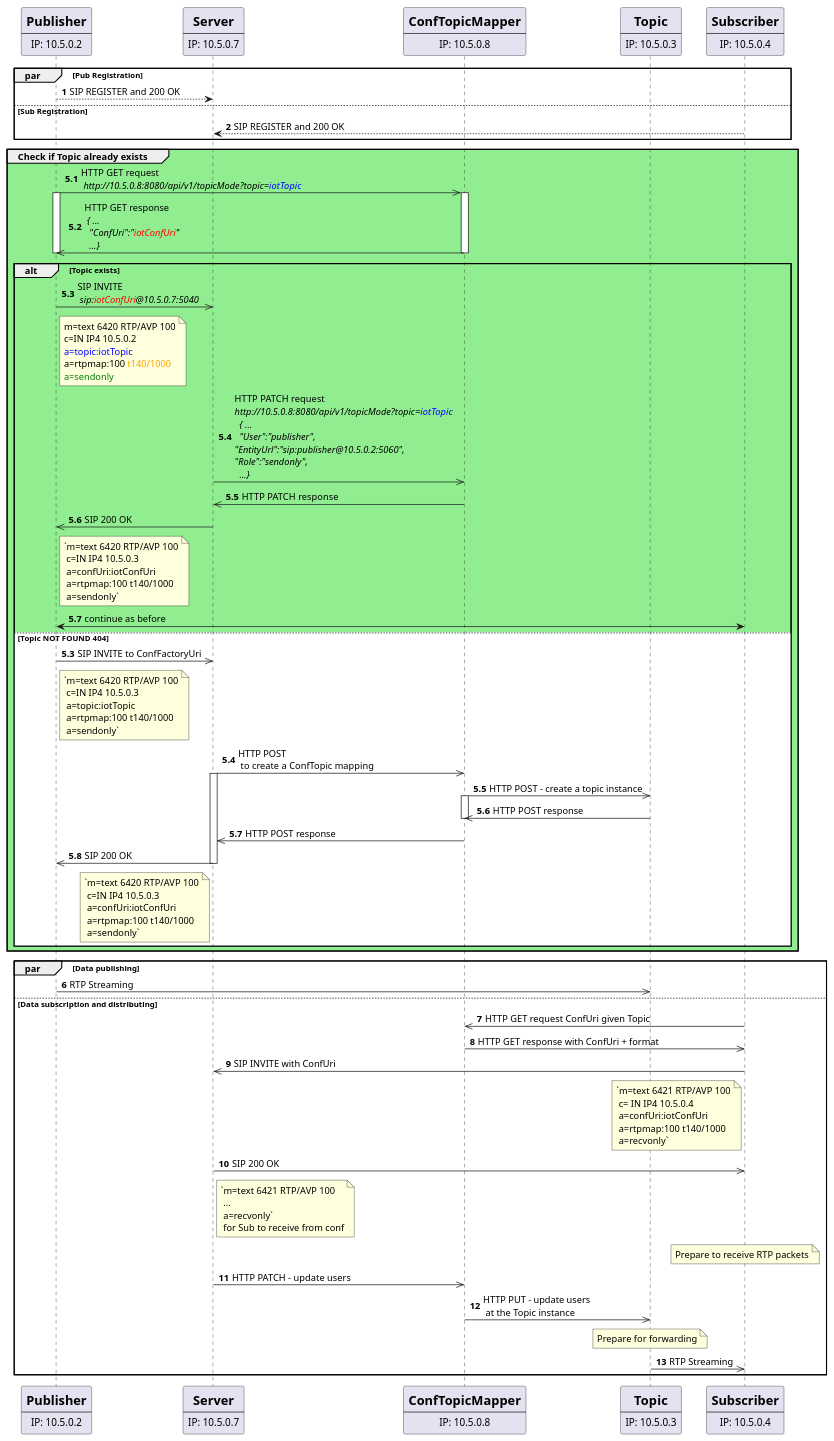
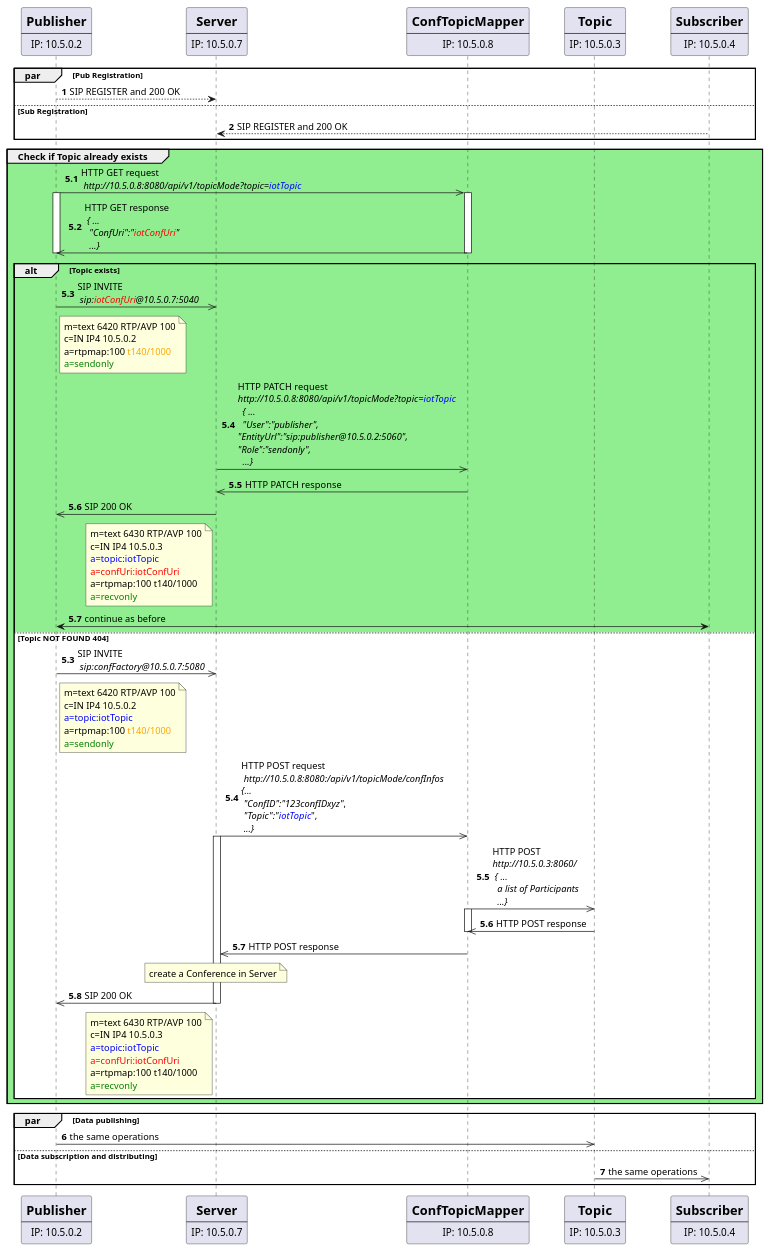
The diagram in pubsub/sequences/publishWithRESTCheckByUA.puml (chumvan/rtppubsub), drawn with PlantUML before and after one commit. The commit also changed 2 other files, not shown here.

Commit message:
add unsubscribe sequence

```diff
--- a/pubsub/sequences/publishWithRESTCheckByUA.puml
+++ b/pubsub/sequences/publishWithRESTCheckByUA.puml
@@ -1,87 +1,79 @@
 @startuml publishing
     autonumber
     participant Pub [
         = Publisher
         ----
         IP: 10.5.0.2
     ]
     participant Server [
         = Server
         ----
         IP: 10.5.0.7
     ]
     participant ConfTopicMapper [
         = ConfTopicMapper
         ----
         IP: 10.5.0.8
     ]
     participant Topic [
         = Topic
         ----
         IP: 10.5.0.3
     ]
     participant Sub [
         = Subscriber
         ----
         IP: 10.5.0.4
     ]
 
     par Pub Registration
         Pub --> Server:  SIP REGISTER and 200 OK
     else Sub Registration 
         Sub --> Server: SIP REGISTER and 200 OK
     end
 
     group #LightGreen Check if Topic already exists 
         autonumber 5.1
         Pub ->> ConfTopicMapper: HTTP GET request\n <i>http://10.5.0.8:8080/api/v1/topicMode?topic=<color:blue>iotTopic</color></i>
         activate ConfTopicMapper
         activate Pub
         ConfTopicMapper ->> Pub: HTTP GET response\n<i> { ... </i>\n  <i>"ConfUri":"<color:red>iotConfUri</color>"</i>\n  <i>...}</i>
         deactivate Pub
         deactivate ConfTopicMapper
 
         alt Topic exists
             autonumber 5.3
             Pub ->> Server: SIP INVITE\n <i>sip:<color:red>iotConfUri</color>@10.5.0.7:5040</i>
-        note right of Pub: m=text 6420 RTP/AVP 100\nc=IN IP4 10.5.0.2\n<color:blue>a=topic:iotTopic</color>\na=rtpmap:100 <color:orange>t140/1000</color>\n<color:green>a=sendonly</color>
+            note right of Pub: m=text 6420 RTP/AVP 100\nc=IN IP4 10.5.0.2\na=rtpmap:100 <color:orange>t140/1000</color>\n<color:green>a=sendonly</color>
             Server ->> ConfTopicMapper: HTTP PATCH request\n<i>http://10.5.0.8:8080/api/v1/topicMode?topic=<color:blue>iotTopic</color></i>\n <i> { ... </i>\n  <i>"User":"publisher",</i>\n<i>"EntityUrl":"sip:publisher@10.5.0.2:5060",</i>\n<i>"Role":"sendonly",</i>\n  <i>...}</i>
             ConfTopicMapper ->> Server: HTTP PATCH response
             Server ->> Pub: SIP 200 OK
-            note right of Pub: `m=text 6420 RTP/AVP 100\n c=IN IP4 10.5.0.3\n a=confUri:iotConfUri\n a=rtpmap:100 t140/1000\n a=sendonly`
+            note left of Server: m=text 6430 RTP/AVP 100\nc=IN IP4 10.5.0.3\n<color:blue>a=topic:iotTopic</color>\n<color:red>a=confUri:iotConfUri</color>\na=rtpmap:100 t140/1000\n<color:green>a=recvonly</color>
             
             Pub <-> Sub: continue as before
             
         else #White Topic NOT FOUND 404
             autonumber 5.3
-                Pub ->> Server: SIP INVITE to ConfFactoryUri
-                note right of Pub: `m=text 6420 RTP/AVP 100\n c=IN IP4 10.5.0.3\n a=topic:iotTopic\n a=rtpmap:100 t140/1000\n a=sendonly`
-                Server ->> ConfTopicMapper: HTTP POST\n to create a ConfTopic mapping
+                Pub ->> Server: SIP INVITE\n <i>sip:confFactory@10.5.0.7:5080</i>
+                note right of Pub: m=text 6420 RTP/AVP 100\nc=IN IP4 10.5.0.2\n<color:blue>a=topic:iotTopic</color>\na=rtpmap:100 <color:orange>t140/1000</color>\n<color:green>a=sendonly</color>                
+                Server ->> ConfTopicMapper: HTTP POST request\n <i>http://10.5.0.8:8080:/api/v1/topicMode/confInfos</i>\n<i>{...</i>\n <i>"ConfID":"123confIDxyz"</i>,\n <i>"Topic":"<color:blue>iotTopic</color></i>",\n <i>...}</i>
                 activate Server
-                    ConfTopicMapper ->> Topic: HTTP POST - create a topic instance
-                    activate ConfTopicMapper
-                        Topic ->> ConfTopicMapper: HTTP POST response
-                    deactivate ConfTopicMapper
-                    ConfTopicMapper ->> Server: HTTP POST response
-                    Server ->> Pub: SIP 200 OK
+                ConfTopicMapper ->> Topic: HTTP POST\n<i>http://10.5.0.3:8060/</i>\n<i> { ... </i>\n  <i>a list of Participants</i>\n  <i>...}</i>
+                activate ConfTopicMapper
+                Topic ->> ConfTopicMapper: HTTP POST response
+                deactivate ConfTopicMapper
+                ConfTopicMapper ->> Server: HTTP POST response
+                note over Server: create a Conference in Server
+                Server ->> Pub: SIP 200 OK
+                note left of Server: m=text 6430 RTP/AVP 100\nc=IN IP4 10.5.0.3\n<color:blue>a=topic:iotTopic</color>\n<color:red>a=confUri:iotConfUri</color>\na=rtpmap:100 t140/1000\n<color:green>a=recvonly</color>
                 deactivate Server
-            note left of Server: `m=text 6420 RTP/AVP 100\n c=IN IP4 10.5.0.3\n a=confUri:iotConfUri\n a=rtpmap:100 t140/1000\n a=sendonly`
         end
     end
     autonumber 6
     par Data publishing
-        Pub ->> Topic: RTP Streaming
-    else Data subscription and distributing 
-        Sub ->> ConfTopicMapper: HTTP GET request ConfUri given Topic
-        ConfTopicMapper ->> Sub: HTTP GET response with ConfUri + format
-        Sub ->> Server: SIP INVITE with ConfUri
-        note left of Sub: `m=text 6421 RTP/AVP 100\n c= IN IP4 10.5.0.4\n a=confUri:iotConfUri\n a=rtpmap:100 t140/1000\n a=recvonly`
-        Server ->> Sub: SIP 200 OK
-        note right of Server: `m=text 6421 RTP/AVP 100\n ...\n a=recvonly`\n for Sub to receive from conf
-        note over Sub: Prepare to receive RTP packets        
-        Server ->> ConfTopicMapper: HTTP PATCH - update users
-        ConfTopicMapper ->> Topic: HTTP PUT - update users\n at the Topic instance
-        note over Topic: Prepare for forwarding
-        Topic ->> Sub: RTP Streaming
+        Pub ->> Topic: the same operations
+    else Data subscription and distributing
+        Topic ->> Sub: the same operations
     end
+
 @enduml
```
